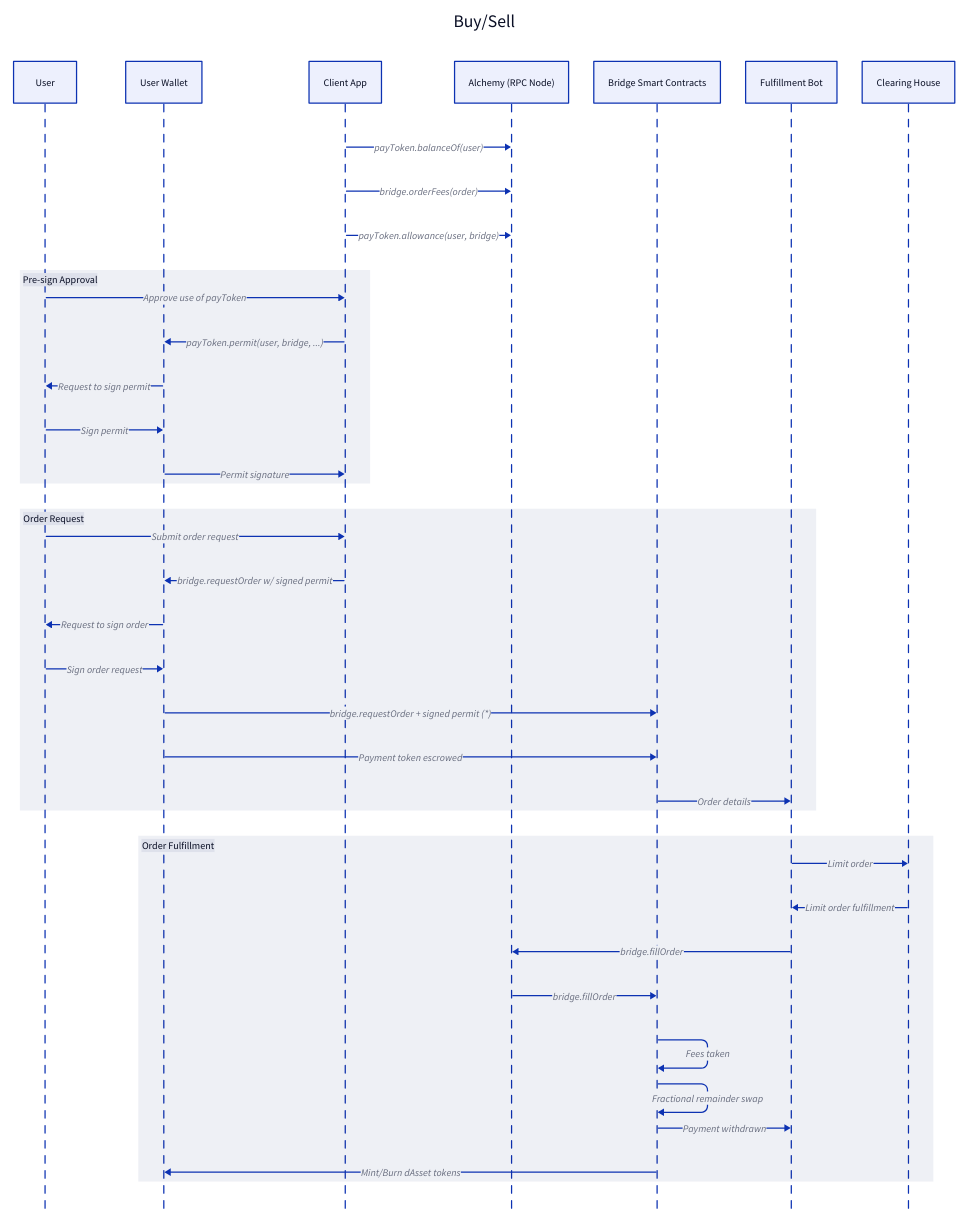
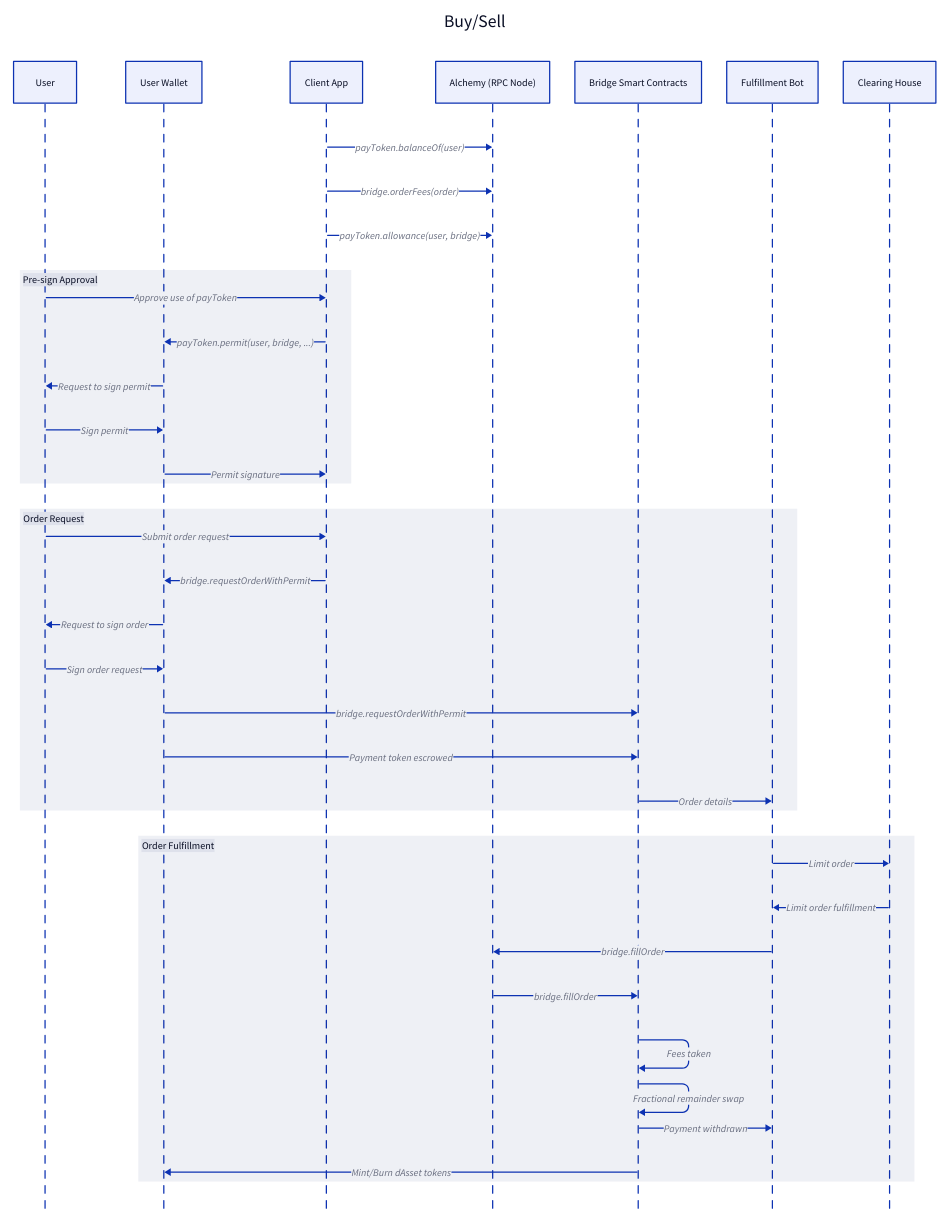
Before and after one commit to dinaricrypto/sbt-contracts: the diagram in docs/brokerage-order.d2, drawn with D2. The commit also changed 1 other file, not shown here.

Commit message:
requestOrderWithPermit

```diff
--- a/docs/brokerage-order.d2
+++ b/docs/brokerage-order.d2
@@ -1,41 +1,41 @@
 Buy/Sell: {
   shape: sequence_diagram
 
   user: User
   wallet: User Wallet
   app: Client App
   rpc: Alchemy (RPC Node)
   contracts: Bridge Smart Contracts
   bot: Fulfillment Bot
   clearing: Clearing House
 
   app -> rpc: payToken.balanceOf(user)
   app -> rpc: bridge.orderFees(order)
   app -> rpc: payToken.allowance(user, bridge)
   Pre-sign Approval: {
     user -> app: Approve use of payToken
     app -> wallet: payToken.permit(user, bridge, ...)
     wallet -> user: Request to sign permit
     user -> wallet: Sign permit
     wallet -> app: Permit signature
   }
   Order Request: {
     user -> app: Submit order request
-    app -> wallet: bridge.requestOrder w/ signed permit
+    app -> wallet: bridge.requestOrderWithPermit
     wallet -> user: Request to sign order
     user -> wallet: Sign order request
-    wallet -> contracts: bridge.requestOrder + signed permit (*)
+    wallet -> contracts: bridge.requestOrderWithPermit
     wallet -> contracts: Payment token escrowed
     contracts -> bot: Order details
   }
   Order Fulfillment: {
     bot -> clearing: Limit order
     clearing -> bot: Limit order fulfillment
     bot -> rpc: bridge.fillOrder
     rpc -> contracts: bridge.fillOrder
     contracts -> contracts: Fees taken
     contracts -> contracts: Fractional remainder swap
     contracts -> bot: Payment withdrawn
     contracts -> wallet: Mint/Burn dAsset tokens
   }
 }
```
